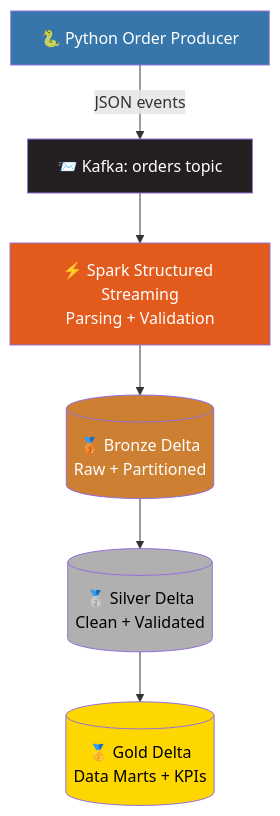
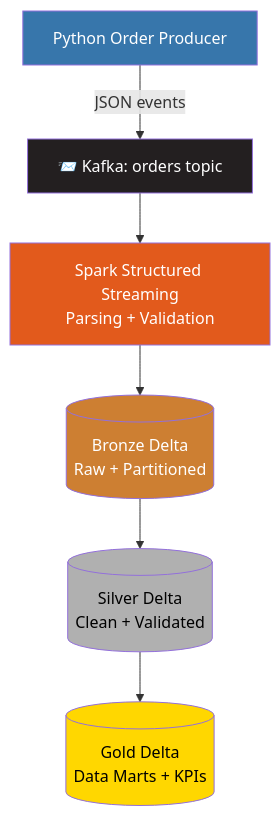
Before and after one commit to naveenkumark2830-spec/On-Premise-Real-Time-Retail-Data-Platform-: the first of 2 diagrams in README.md, drawn with Mermaid. The commit also changed other lines of this file, not shown here.

````diff
--- a/README.md
+++ b/README.md
@@ -46,15 +46,15 @@
 ```mermaid
 flowchart TD
-    A[🐍 Python Order Producer] -->|JSON events| B[📨 Kafka: orders topic]
-    B --> C[⚡ Spark Structured Streaming<br/>Parsing + Validation]
-    C --> D[(🥉 Bronze Delta<br/>Raw + Partitioned)]
-    D --> E[(🥈 Silver Delta<br/>Clean + Validated)]
-    E --> F[(🥇 Gold Delta<br/>Data Marts + KPIs)]
+    A[Python Order Producer] -->|JSON events| B[📨 Kafka: orders topic]
+    B --> C[ Spark Structured Streaming<br/>Parsing + Validation]
+    C --> D[( Bronze Delta<br/>Raw + Partitioned)]
+    D --> E[( Silver Delta<br/>Clean + Validated)]
+    E --> F[( Gold Delta<br/>Data Marts + KPIs)]
 
     style A fill:#3776AB,color:#fff
     style B fill:#231F20,color:#fff
     style C fill:#E25A1C,color:#fff
     style D fill:#CD7F32,color:#fff
     style E fill:#B0B0B0,color:#000
     style F fill:#FFD700,color:#000
 ```
````
